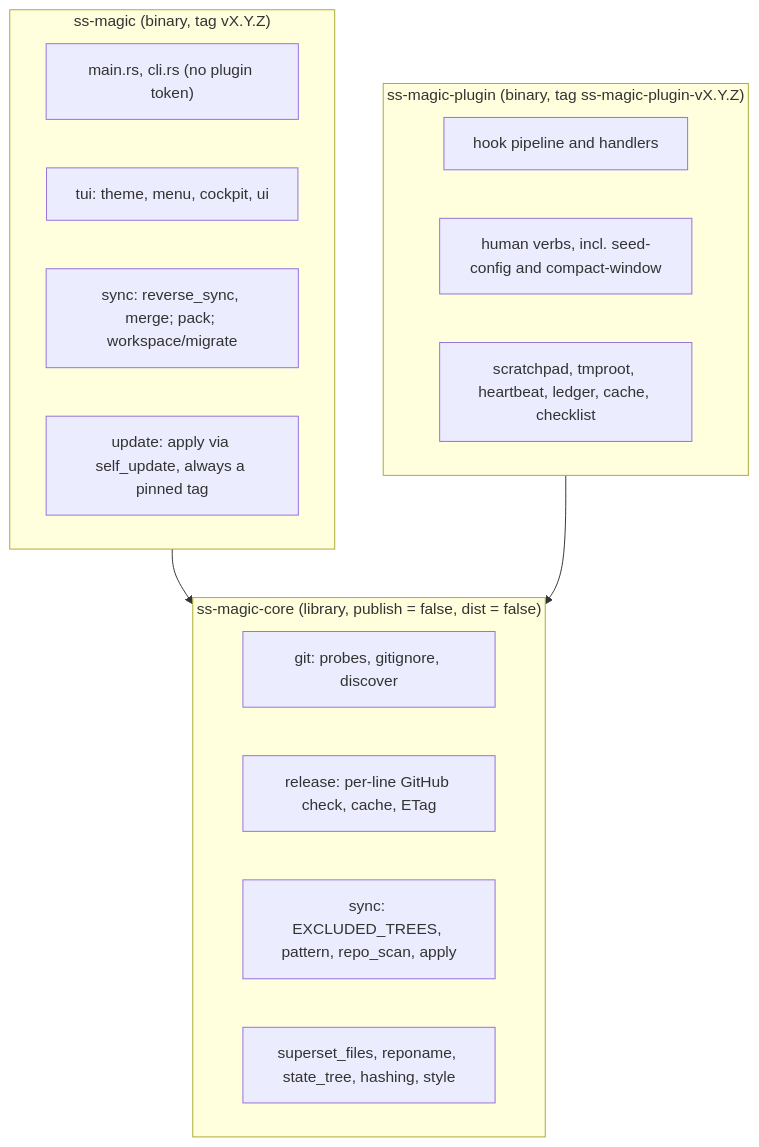
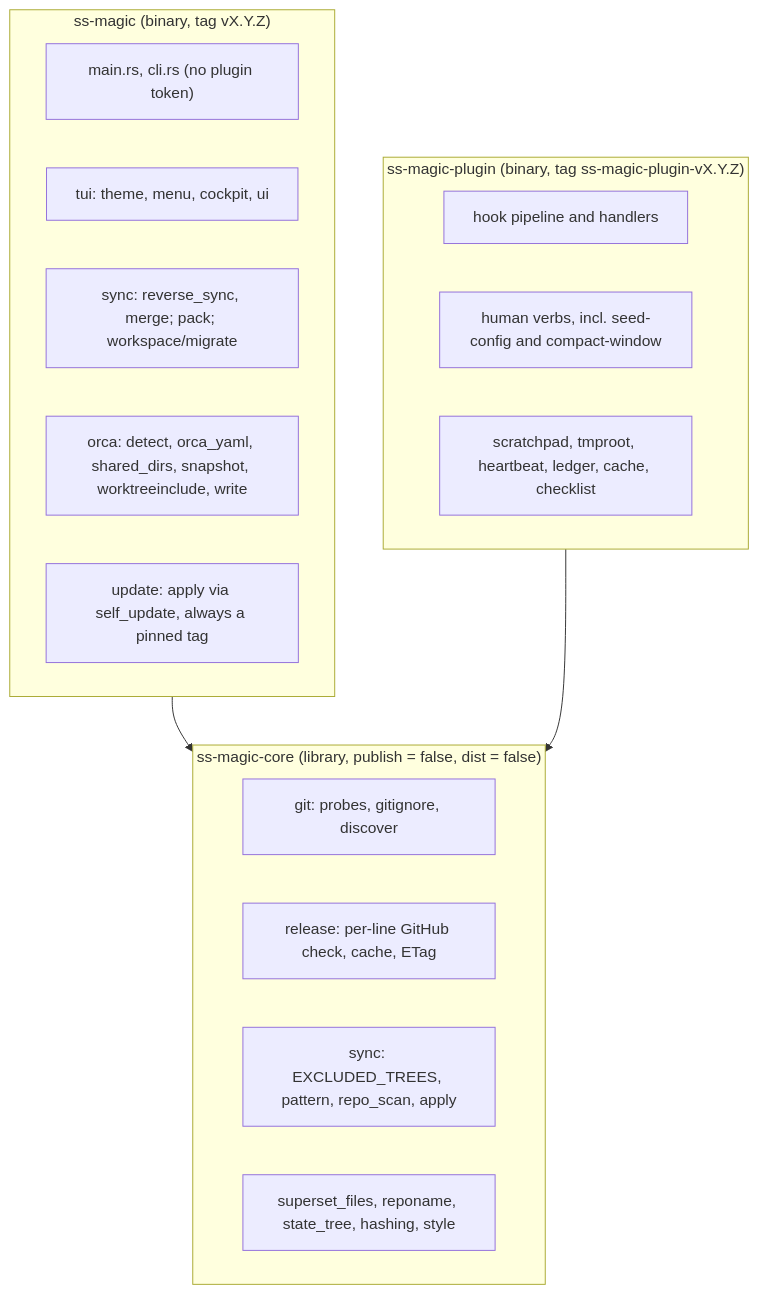
Before and after one commit to ViktorStiskala/superset-magic: the first of 2 diagrams in CLAUDE.md, drawn with Mermaid. The commit also changed other lines of this file and 9 other files, not shown here.

````diff
--- a/CLAUDE.md
+++ b/CLAUDE.md
@@ -122,22 +122,23 @@
 ```mermaid
 flowchart TB
   subgraph core["ss-magic-core (library, publish = false, dist = false)"]
     g["git: probes, gitignore, discover"]
     r["release: per-line GitHub check, cache, ETag"]
     s["sync: EXCLUDED_TREES, pattern, repo_scan, apply"]
     m["superset_files, reponame, state_tree, hashing, style"]
   end
   subgraph cli["ss-magic (binary, tag vX.Y.Z)"]
     cm["main.rs, cli.rs (no plugin token)"]
     ct["tui: theme, menu, cockpit, ui"]
     ce["sync: reverse_sync, merge; pack; workspace/migrate"]
+    co["orca: detect, orca_yaml, shared_dirs, snapshot, worktreeinclude, write"]
     cu["update: apply via self_update, always a pinned tag"]
   end
   subgraph plug["ss-magic-plugin (binary, tag ss-magic-plugin-vX.Y.Z)"]
     ph["hook pipeline and handlers"]
     pv["human verbs, incl. seed-config and compact-window"]
     ps["scratchpad, tmproot, heartbeat, ledger, cache, checklist"]
   end
   cli --> core
   plug --> core
 ```
````
